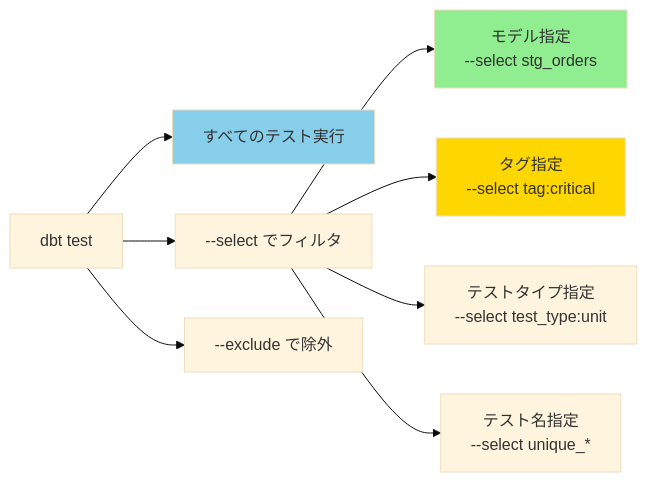
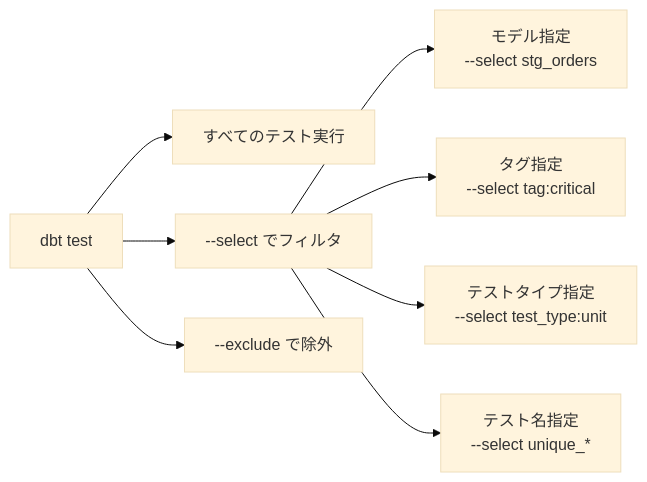
The fourth of 8 diagrams in content/Tech/dbt/categories/testing-config.md (1210yuichi0/1210yuichi0.github.io), drawn with Mermaid (base theme) before and after one commit. The commit also changed other lines of this file and 22 other files, not shown here.

First line of the commit message:
style: remove Mermaid style directives for dark mode compatibility

````diff
--- a/content/Tech/dbt/categories/testing-config.md
+++ b/content/Tech/dbt/categories/testing-config.md
@@ -980,15 +967,12 @@
 ```mermaid
 flowchart LR
     Start[dbt test] --> All[すべてのテスト実行]
     Start --> Select[--select でフィルタ]
     Start --> Exclude[--exclude で除外]
 
     Select --> Model[モデル指定<br/>--select stg_orders]
     Select --> Tag[タグ指定<br/>--select tag:critical]
     Select --> TestType[テストタイプ指定<br/>--select test_type:unit]
     Select --> TestName[テスト名指定<br/>--select unique_*]
 
-    style All fill:#87CEEB
-    style Model fill:#90EE90
-    style Tag fill:#FFD700
 ```
````
